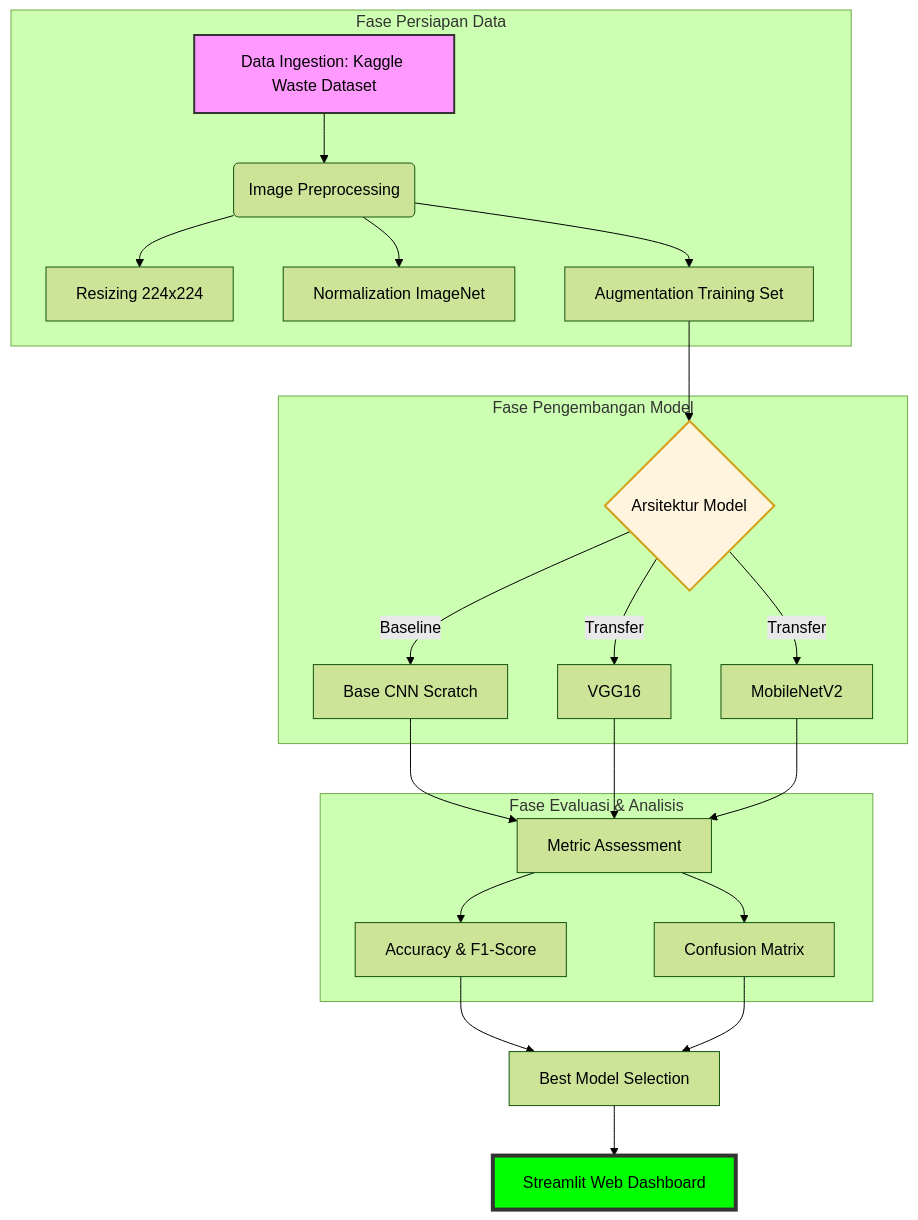
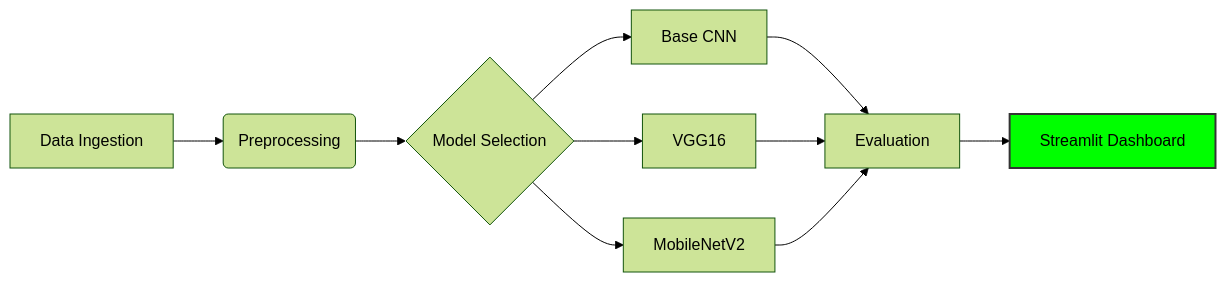
The diagram in README.md (Nadzrul13/Waste-Classification-System), drawn with Mermaid (forest theme) before and after one commit. The commit also changed other lines of this file, not shown here.

````diff
--- a/README.md
+++ b/README.md
@@ -52,29 +52,12 @@
 ```mermaid
-graph TD
-    subgraph Data_Preparation [Fase Persiapan Data]
-        A[Data Ingestion: Kaggle Waste Dataset] --> B(Image Preprocessing)
-        B --> B1[Resizing 224x224]
-        B --> B2[Normalization ImageNet]
-        B --> B3[Augmentation Training Set]
-    end
+graph LR
+    A[Data Ingestion] --> B(Preprocessing)
+    B --> C{Model Selection}
+    C --> D[Base CNN]
+    C --> E[VGG16]
+    C --> F[MobileNetV2]
+    D & E & F --> G[Evaluation]
+    G --> H[Streamlit Dashboard]
 
-    subgraph Model_Development [Fase Pengembangan Model]
-        B3 --> C{Arsitektur Model}
-        C -->|Baseline| D[Base CNN Scratch]
-        C -->|Transfer| E[VGG16]
-        C -->|Transfer| F[MobileNetV2]
-    end
-
-    subgraph Analysis [Fase Evaluasi & Analisis]
-        D & E & F --> G[Metric Assessment]
-        G --> G1[Accuracy & F1-Score]
-        G --> G2[Confusion Matrix]
-    end
-
-    G1 & G2 --> H[Best Model Selection]
-    H --> I[Streamlit Web Dashboard]
-
-    style A fill:#f9f,stroke:#333,stroke-width:2px
-    style I fill:#00ff00,stroke:#333,stroke-width:4px
-    style C fill:#fff4dd,stroke:#d4a017,stroke-width:2px
+    style H fill:#00ff00,stroke:#333,stroke-width:2px
 ```
````
